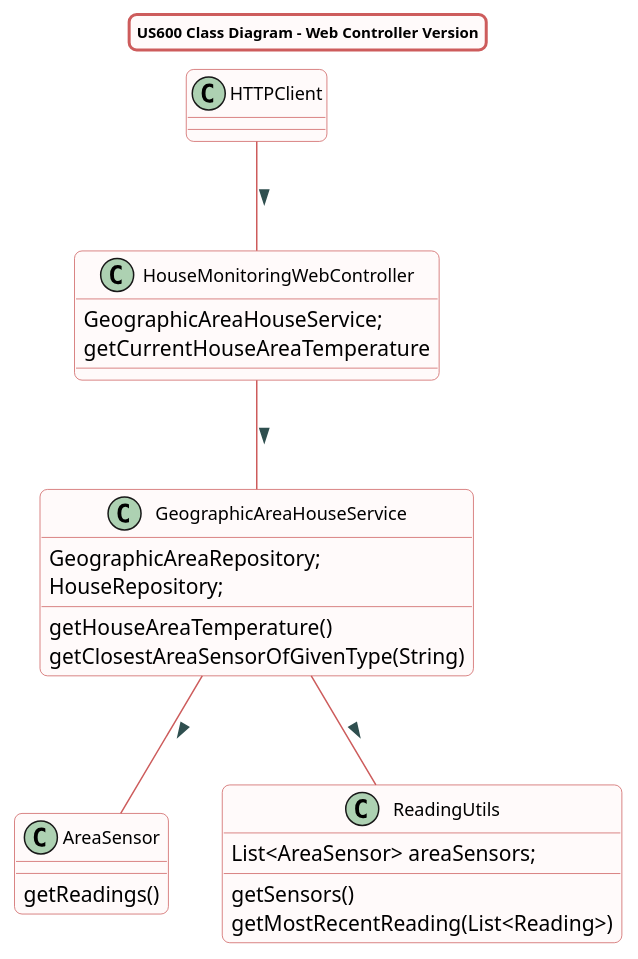
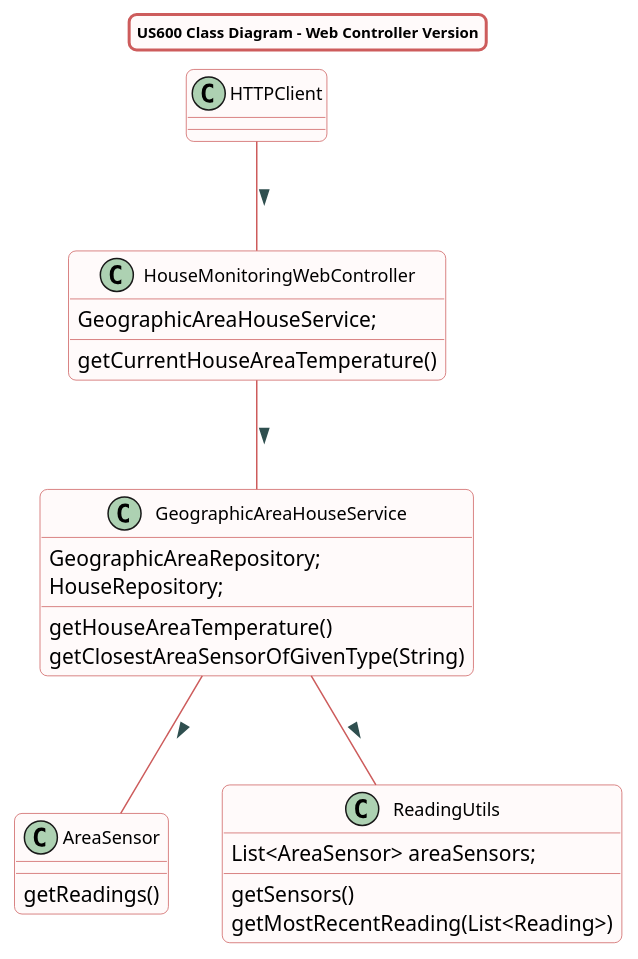
One commit to Almadanmp/project changed the diagram in src/doc/WEB_Controllers/HouseMonitoring/US600/US600_cd_HouseMonitoring.puml. Above: the diagram before and after it, drawn with PlantUML.

Commit message:
REF #478 us600 ClassDiagram finished

```diff
--- a/src/doc/WEB_Controllers/HouseMonitoring/US600/US600_cd_HouseMonitoring.puml
+++ b/src/doc/WEB_Controllers/HouseMonitoring/US600/US600_cd_HouseMonitoring.puml
@@ -1,54 +1,54 @@
 @startuml
 title US600 Class Diagram - Web Controller Version
 
 skinparam titleBorderRoundCorner 10
 skinparam titleBorderThickness 2
 skinparam titleBorderColor indianred
 skinparam titleBackgroundColor Snow
 skinparam FontName quicksand
 skinparam titleFontSize 10
 skinparam roundcorner 10
 
 
 skinparam class {
  BorderColor indianred
  BackgroundColor indianred
  BackgroundColor Snow
   roundcorner 10
   ArrowFontName Verdana
   ArrowColor indianred
   ArrowFontColor darkslategrey
   FontSize 12
 }
 
 HTTPClient -- HouseMonitoringWebController : >
 HouseMonitoringWebController -- GeographicAreaHouseService : >
 GeographicAreaHouseService -- AreaSensor : >
 GeographicAreaHouseService -- ReadingUtils : >
 
 class HouseMonitoringWebController {
 GeographicAreaHouseService;
-getCurrentHouseAreaTemperature
+getCurrentHouseAreaTemperature()
 }
 
 class GeographicAreaHouseService{
 GeographicAreaRepository;
 HouseRepository;
 getHouseAreaTemperature()
 getClosestAreaSensorOfGivenType(String)
 }
 
 class ReadingUtils{
 List<AreaSensor> areaSensors;
 getSensors()
 }
 
 class AreaSensor{
 getReadings()
 }
 
 class ReadingUtils{
 getMostRecentReading(List<Reading>)
 }
 
 @enduml
```
